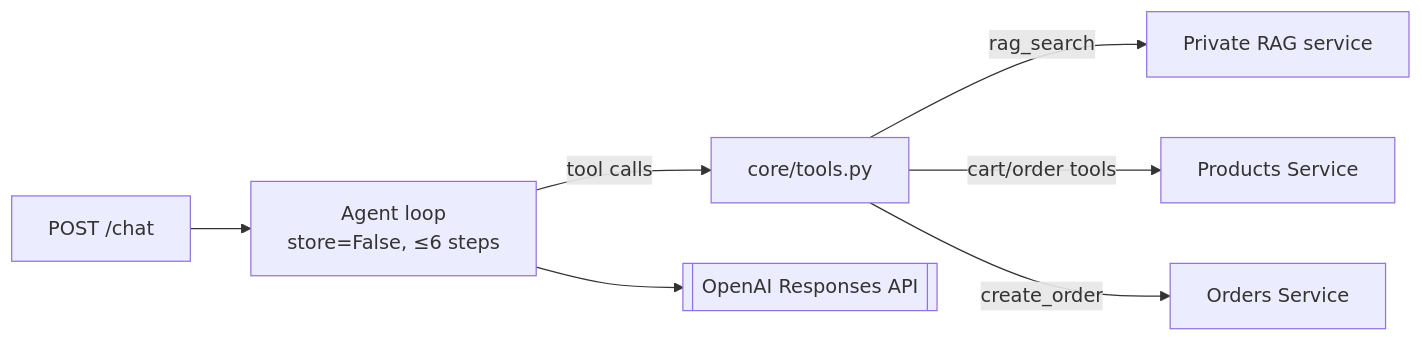
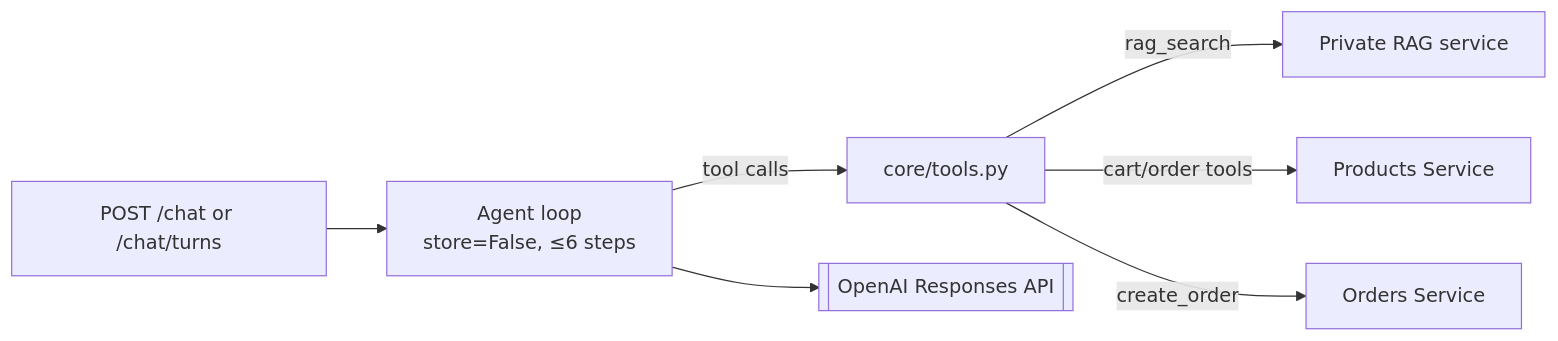
Before and after one commit to ChristianMendozaa/UCB-e-commerce: the diagram in services/chatbot/README.md, drawn with Mermaid. The commit also changed other lines of this file and 52 other files, not shown here.

````diff
--- a/services/chatbot/README.md
+++ b/services/chatbot/README.md
@@ -11,9 +11,9 @@
 ```mermaid
 graph LR
-    Chat["POST /chat"] --> Loop[Agent loop\nstore=False, ≤6 steps]
+    Chat["POST /chat or /chat/turns"] --> Loop[Agent loop\nstore=False, ≤6 steps]
     Loop -->|tool calls| Tools[core/tools.py]
     Tools -->|rag_search| RAG[Private RAG service]
     Tools -->|cart/order tools| Products[Products Service]
     Tools -->|create_order| Orders[Orders Service]
     Loop --> OpenAI[[OpenAI Responses API]]
 ```
````
